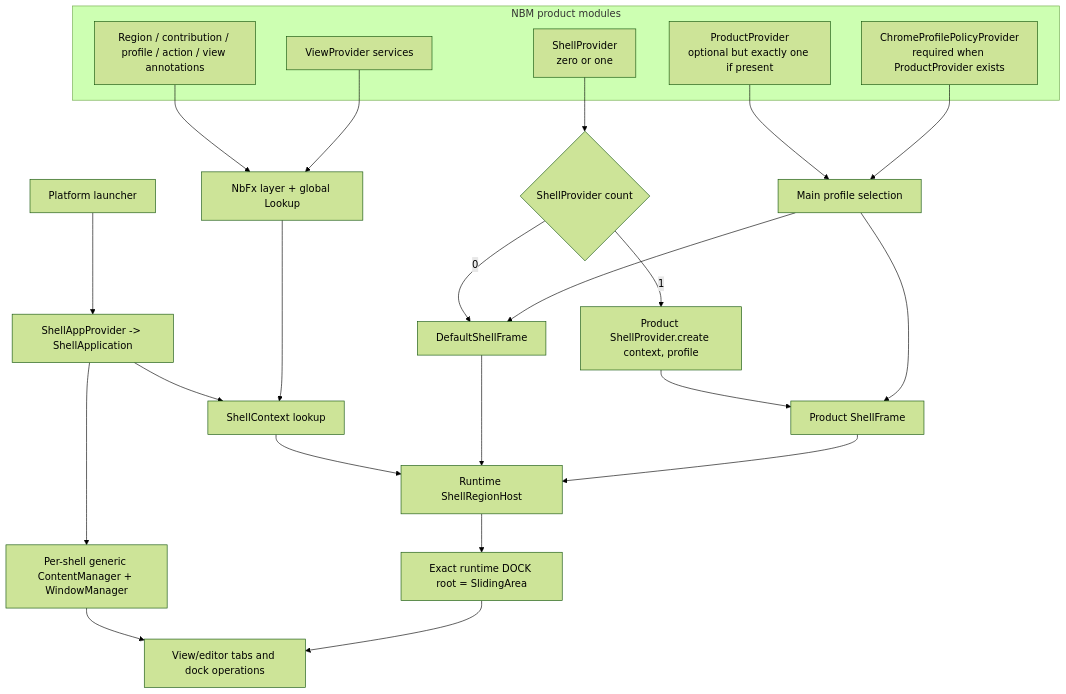
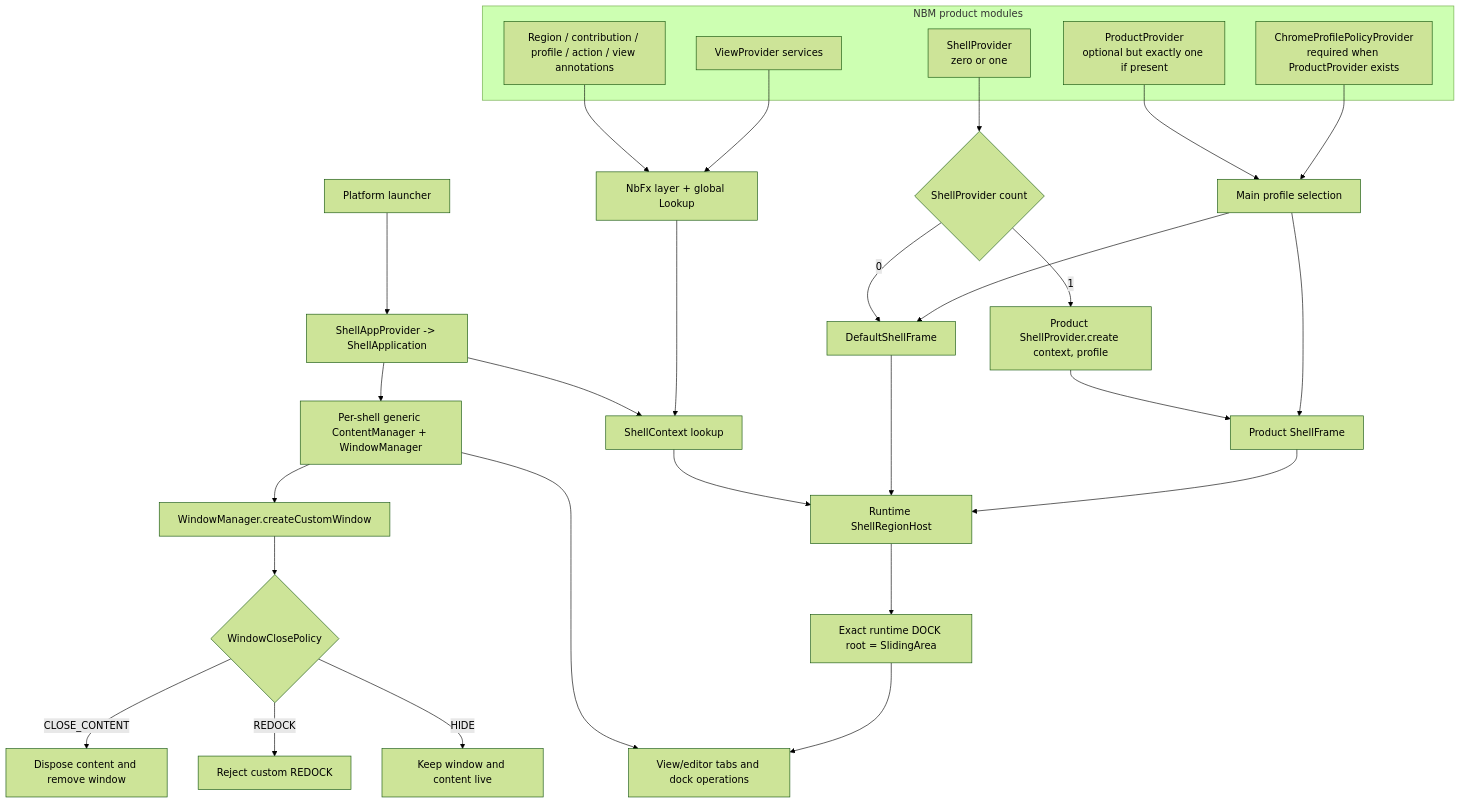
The diagram in docs/manual/cjap-shell-ui/22-product-integration-recipes.md (svenreimers/nbfx), drawn with Mermaid (forest theme) before and after one commit. The commit also changed other lines of this file and 26 other files, not shown here.

````diff
--- a/docs/manual/cjap-shell-ui/22-product-integration-recipes.md
+++ b/docs/manual/cjap-shell-ui/22-product-integration-recipes.md
@@ -50,31 +50,36 @@
 ```mermaid
 flowchart TD
     subgraph Product[NBM product modules]
         PV[ProductProvider\noptional but exactly one if present]
         CPP[ChromeProfilePolicyProvider\nrequired when ProductProvider exists]
         SP[ShellProvider\nzero or one]
         REG[Region / contribution / profile / action / view annotations]
         SV[ViewProvider services]
     end
 
     Launcher[Platform launcher] --> APP[ShellAppProvider -> ShellApplication]
     PV --> SEL[Main profile selection]
     CPP --> SEL
     REG --> LAYER[NbFx layer + global Lookup]
     SV --> LAYER
     APP --> CM[Per-shell generic ContentManager + WindowManager]
     APP --> CTX[ShellContext lookup]
     LAYER --> CTX
     SP --> CHOICE{ShellProvider count}
     CHOICE -->|0| DEF[DefaultShellFrame]
     CHOICE -->|1| CUST[Product ShellProvider.create context, profile]
     CUST --> FRAME[Product ShellFrame]
     SEL --> DEF
     SEL --> FRAME
     CTX --> HOST[Runtime ShellRegionHost]
     DEF --> HOST
     FRAME --> HOST
     HOST --> DOCK[Exact runtime DOCK root = SlidingArea]
     CM --> TABS[View/editor tabs and dock operations]
     DOCK --> TABS
+    CM --> CREATE[WindowManager.createCustomWindow]
+    CREATE --> POLICY{WindowClosePolicy}
+    POLICY -->|HIDE| HIDE[Keep window and content live]
+    POLICY -->|REDOCK| REJECT[Reject custom REDOCK]
+    POLICY -->|CLOSE_CONTENT| CLOSE[Dispose content and remove window]
 ```
````
